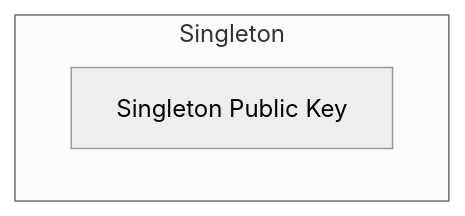
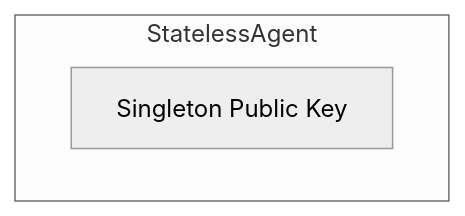
The first of 8 diagrams in design/group_membership.md (inkandswitch/keyhive), drawn with Mermaid (neutral theme) before and after one commit. The commit also changed other lines of this file, not shown here.

````diff
--- a/design/group_membership.md
+++ b/design/group_membership.md
@@ -35,6 +35,6 @@
 ```mermaid
 flowchart TB
-    subgraph Singleton
+    subgraph StatelessAgent
         _singletonPK["Singleton Public Key"]
     end
 ```
````
